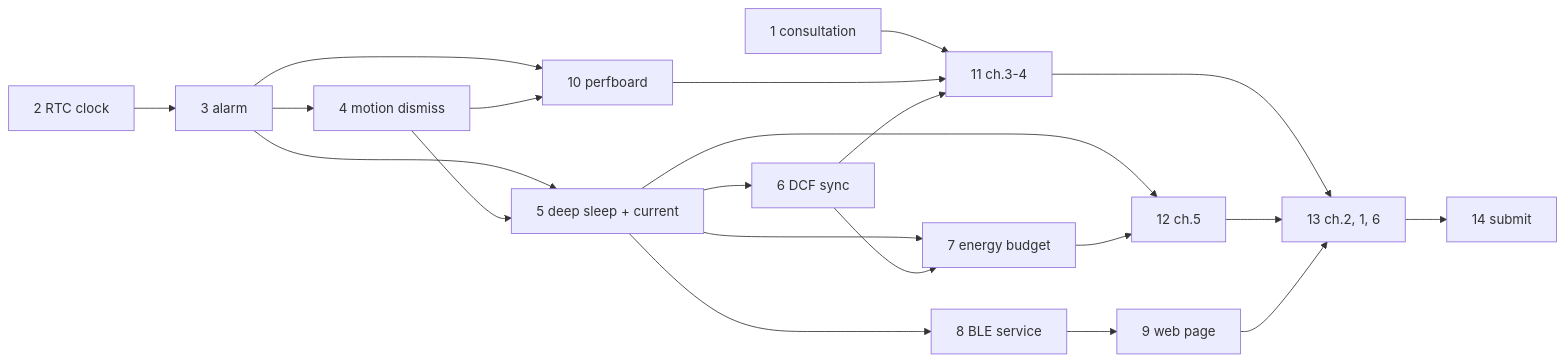
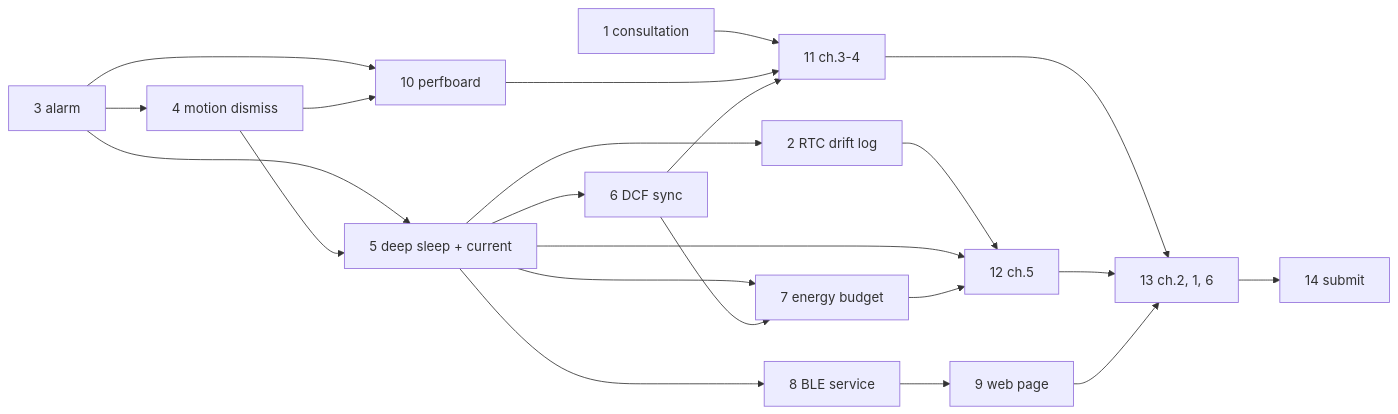
The diagram in openspec/roadmap.md (mikolajwojcicki/clock-project), drawn with Mermaid before and after one commit. The commit also changed other lines of this file and 2 other files, not shown here.

First line of the commit message:
docs: move 24 h drift run after deep sleep in the roadmap

````diff
--- a/openspec/roadmap.md
+++ b/openspec/roadmap.md
@@ -42,23 +42,25 @@
 ```mermaid
 flowchart LR
   C1[1 consultation] --> C11
-  C2[2 RTC clock] --> C3[3 alarm]
+  C5 --> C2[2 RTC drift log]
+  C2 --> C12
+  C3[3 alarm]
   C3 --> C4[4 motion dismiss]
   C3 --> C5[5 deep sleep + current]
   C4 --> C5
   C5 --> C6[6 DCF sync]
   C5 --> C7[7 energy budget]
   C6 --> C7
   C5 --> C8[8 BLE service]
   C8 --> C9[9 web page]
   C3 --> C10[10 perfboard]
   C4 --> C10
   C10 --> C11[11 ch.3-4]
   C6 --> C11
   C5 --> C12[12 ch.5]
   C7 --> C12
   C11 --> C13[13 ch.2, 1, 6]
   C12 --> C13
   C13 --> C14[14 submit]
   C9 --> C13
 ```
````
